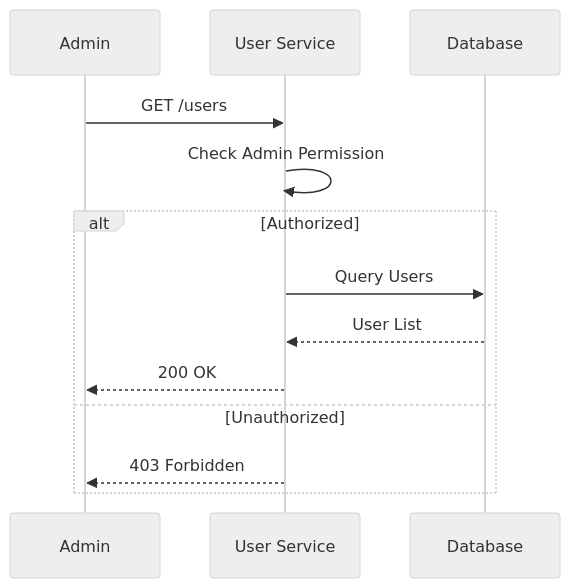
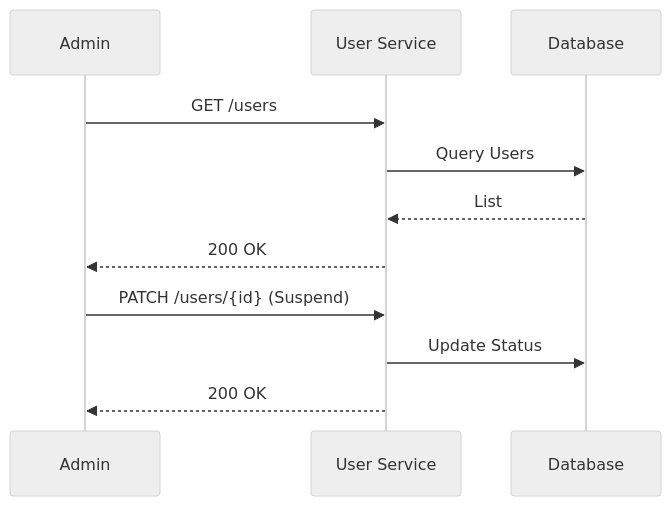
Before and after one commit to vheins/vibe-coding-template: the diagram in .agent/documents/application/modules/iam-security/user-management.md, drawn with Mermaid (neutral theme). The commit also changed other lines of this file and 6 other files, not shown here.

````diff
--- a/.agent/documents/application/modules/iam-security/user-management.md
+++ b/.agent/documents/application/modules/iam-security/user-management.md
@@ -24,16 +38,15 @@
 ```mermaid
 sequenceDiagram
     participant Admin
     participant API as User Service
     participant DB as Database
 
     Admin->>API: GET /users
-    API->>API: Check Admin Permission
-    alt Authorized
-        API->>DB: Query Users
-        DB-->>API: User List
-        API-->>Admin: 200 OK
-    else Unauthorized
-        API-->>Admin: 403 Forbidden
-    end
+    API->>DB: Query Users
+    DB-->>API: List
+    API-->>Admin: 200 OK
+
+    Admin->>API: PATCH /users/{id} (Suspend)
+    API->>DB: Update Status
+    API-->>Admin: 200 OK
 ```
````
